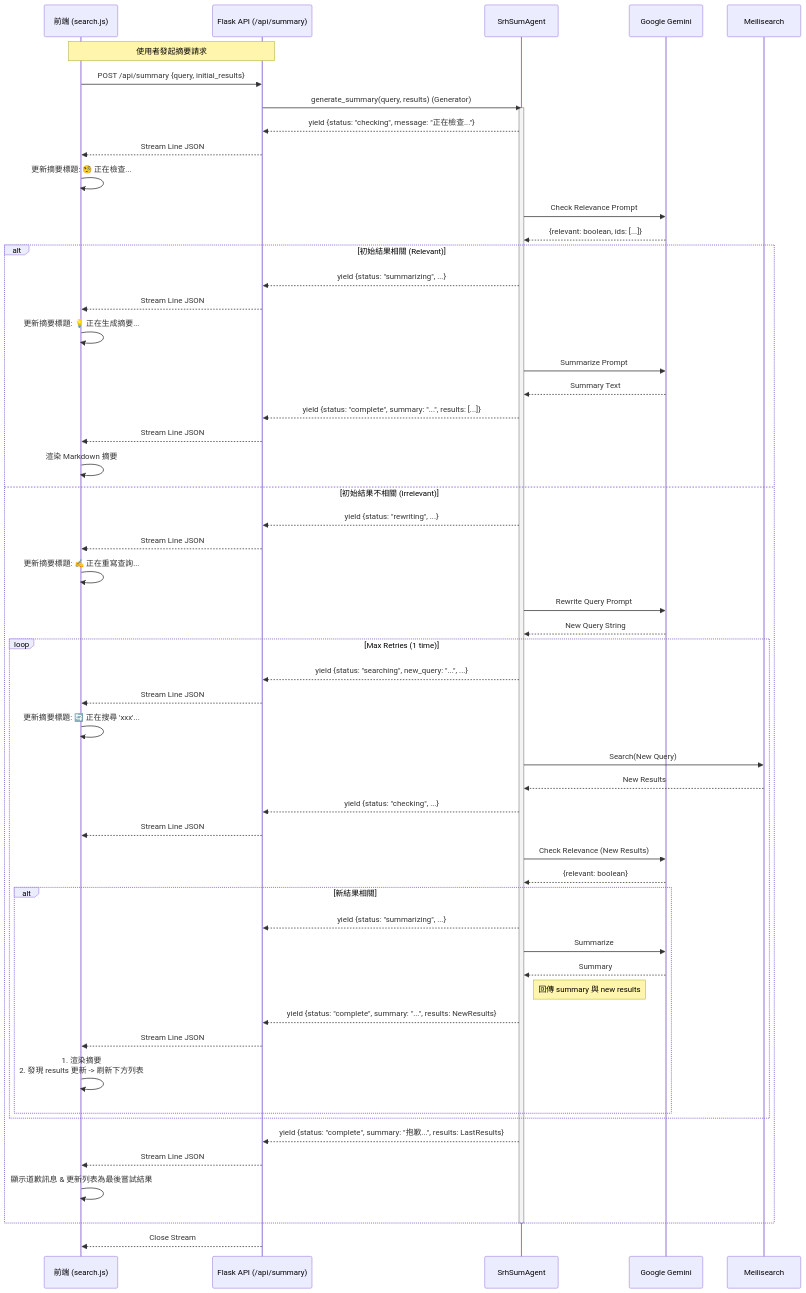
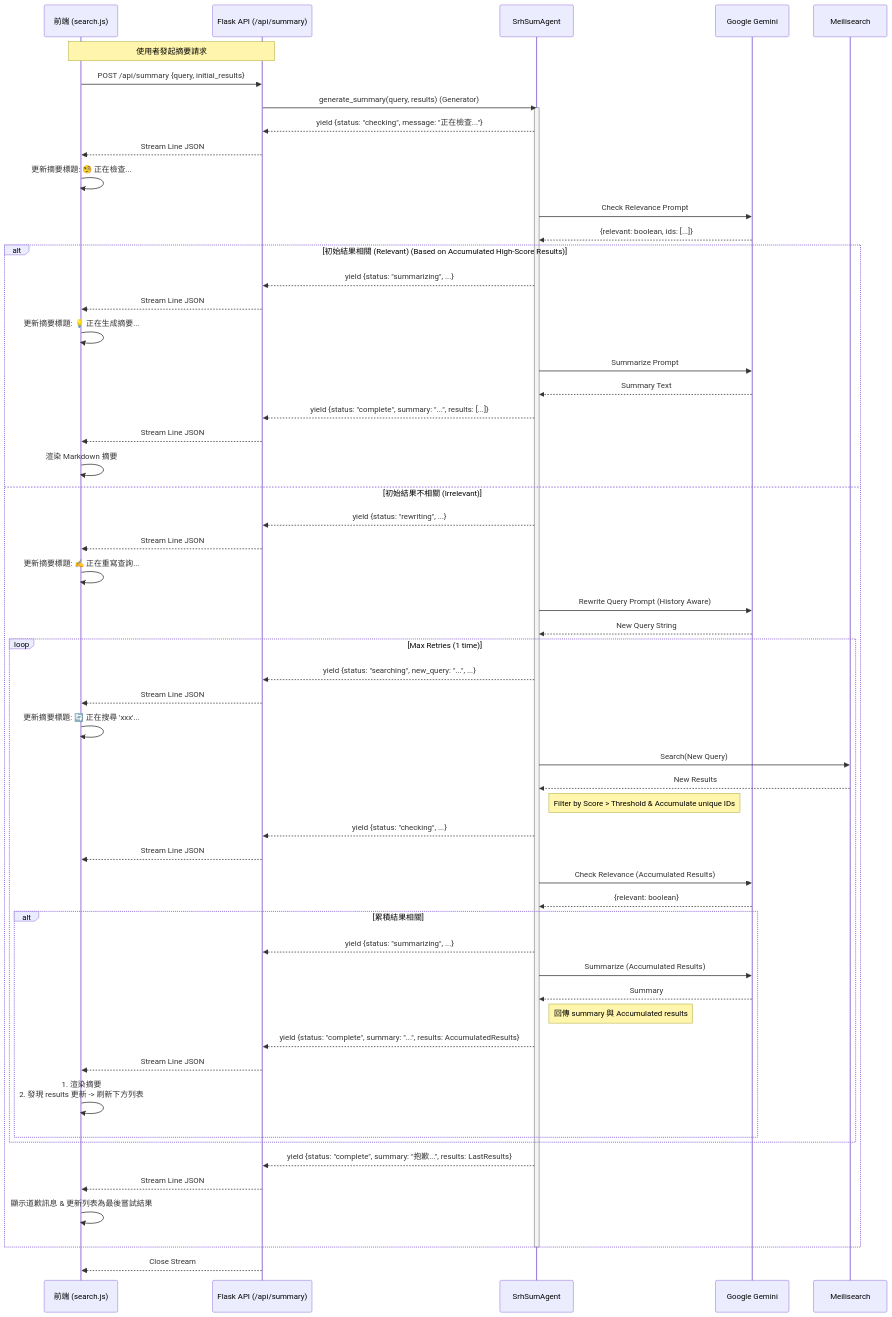
One commit to Data0831/meta-rag changed the diagram in docs/archtect/sragent.md. Above: the diagram before and after it, drawn with Mermaid. The commit also changed 6 other files, not shown here.

````diff
--- a/docs/archtect/sragent.md
+++ b/docs/archtect/sragent.md
@@ -9,79 +9,81 @@
 ```mermaid
 sequenceDiagram
     participant UI as 前端 (search.js)
     participant API as Flask API (/api/summary)
     participant Agent as SrhSumAgent
     participant LLM as Google Gemini
     participant DB as Meilisearch
 
     Note over UI, API: 使用者發起摘要請求
     UI->>API: POST /api/summary {query, initial_results}
     API->>Agent: generate_summary(query, results) (Generator)
     
     activate Agent
     
     %% 階段 1: 檢查初始結果
     Agent-->>API: yield {status: "checking", message: "正在檢查..."}
     API-->>UI: Stream Line JSON
     UI->>UI: 更新摘要標題: 🧐 正在檢查...
     
     Agent->>LLM: Check Relevance Prompt
     LLM-->>Agent: {relevant: boolean, ids: [...]}
 
-    alt 初始結果相關 (Relevant)
+    alt 初始結果相關 (Relevant) (Based on Accumulated High-Score Results)
         Agent-->>API: yield {status: "summarizing", ...}
         API-->>UI: Stream Line JSON
         UI->>UI: 更新摘要標題: 💡 正在生成摘要...
         
         Agent->>LLM: Summarize Prompt
         LLM-->>Agent: Summary Text
         
         Agent-->>API: yield {status: "complete", summary: "...", results: [...]}
         API-->>UI: Stream Line JSON
         UI->>UI: 渲染 Markdown 摘要
     
     else 初始結果不相關 (Irrelevant)
         Agent-->>API: yield {status: "rewriting", ...}
         API-->>UI: Stream Line JSON
         UI->>UI: 更新摘要標題: ✍️ 正在重寫查詢...
         
-        Agent->>LLM: Rewrite Query Prompt
+        Agent->>LLM: Rewrite Query Prompt (History Aware)
         LLM-->>Agent: New Query String
         
         %% 階段 2: 重新搜尋循環
         loop Max Retries (1 time)
             Agent-->>API: yield {status: "searching", new_query: "...", ...}
             API-->>UI: Stream Line JSON
             UI->>UI: 更新摘要標題: 🔄 正在搜尋 'xxx'...
             
             Agent->>DB: Search(New Query)
             DB-->>Agent: New Results
             
+            Note right of Agent: Filter by Score > Threshold & Accumulate unique IDs
+            
             Agent-->>API: yield {status: "checking", ...}
             API-->>UI: Stream Line JSON
             
-            Agent->>LLM: Check Relevance (New Results)
+            Agent->>LLM: Check Relevance (Accumulated Results)
             LLM-->>Agent: {relevant: boolean}
             
-            alt 新結果相關
+            alt 累積結果相關
                 Agent-->>API: yield {status: "summarizing", ...}
-                Agent->>LLM: Summarize
+                Agent->>LLM: Summarize (Accumulated Results)
                 LLM-->>Agent: Summary
                 
-                Note right of Agent: 回傳 summary 與 new results
-                Agent-->>API: yield {status: "complete", summary: "...", results: NewResults}
+                Note right of Agent: 回傳 summary 與 Accumulated results
+                Agent-->>API: yield {status: "complete", summary: "...", results: AccumulatedResults}
                 API-->>UI: Stream Line JSON
                 UI->>UI: 1. 渲染摘要<br/>2. 發現 results 更新 -> 刷新下方列表
                 
             end
         end
         
         %% Fallback
         Agent-->>API: yield {status: "complete", summary: "抱歉...", results: LastResults}
         API-->>UI: Stream Line JSON
         UI->>UI: 顯示道歉訊息 & 更新列表為最後嘗試結果
     end
     
     deactivate Agent
     API-->>UI: Close Stream
 ```
````
